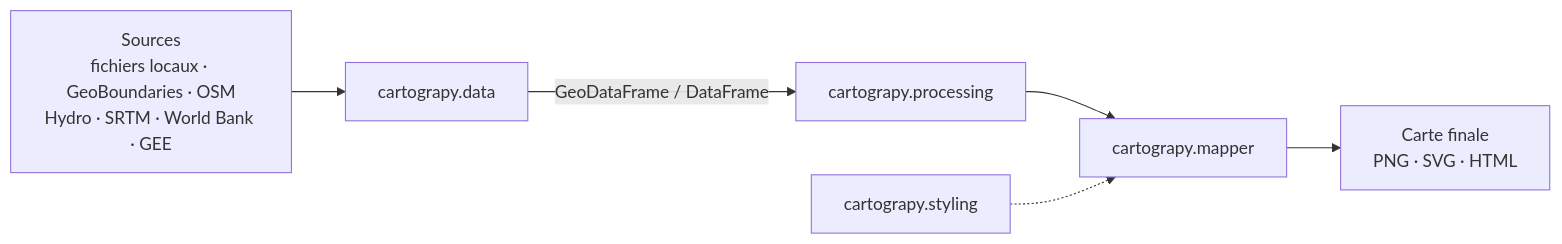
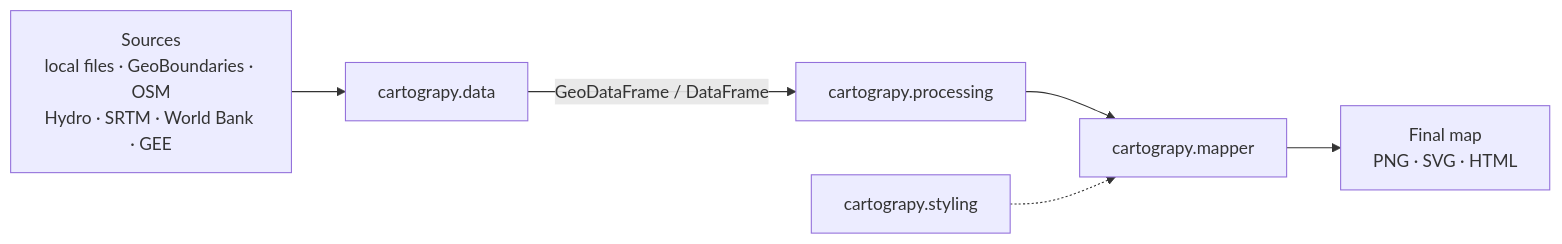
One commit to Mr-KAM/cartograpy changed the first of 2 diagrams in README.md. Above: the diagram before and after it, drawn with Mermaid. The commit also changed other lines of this file and 1 other file, not shown here.

````diff
--- a/README.md
+++ b/README.md
@@ -56,8 +53,8 @@
 ```mermaid
 flowchart LR
-    S["Sources<br/>fichiers locaux · GeoBoundaries · OSM<br/>Hydro · SRTM · World Bank · GEE"] --> D["cartograpy.data"]
+    S["Sources<br/>local files · GeoBoundaries · OSM<br/>Hydro · SRTM · World Bank · GEE"] --> D["cartograpy.data"]
     D -->|"GeoDataFrame / DataFrame"| P["cartograpy.processing"]
     P --> M["cartograpy.mapper"]
     ST["cartograpy.styling"] -.-> M
-    M --> O["Carte finale<br/>PNG · SVG · HTML"]
+    M --> O["Final map<br/>PNG · SVG · HTML"]
 ```
````
